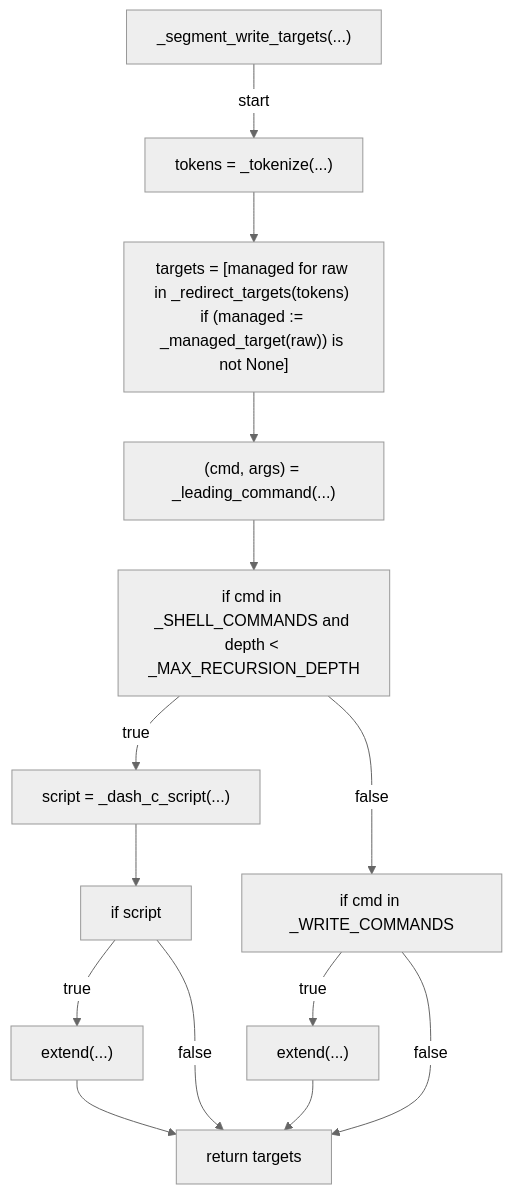
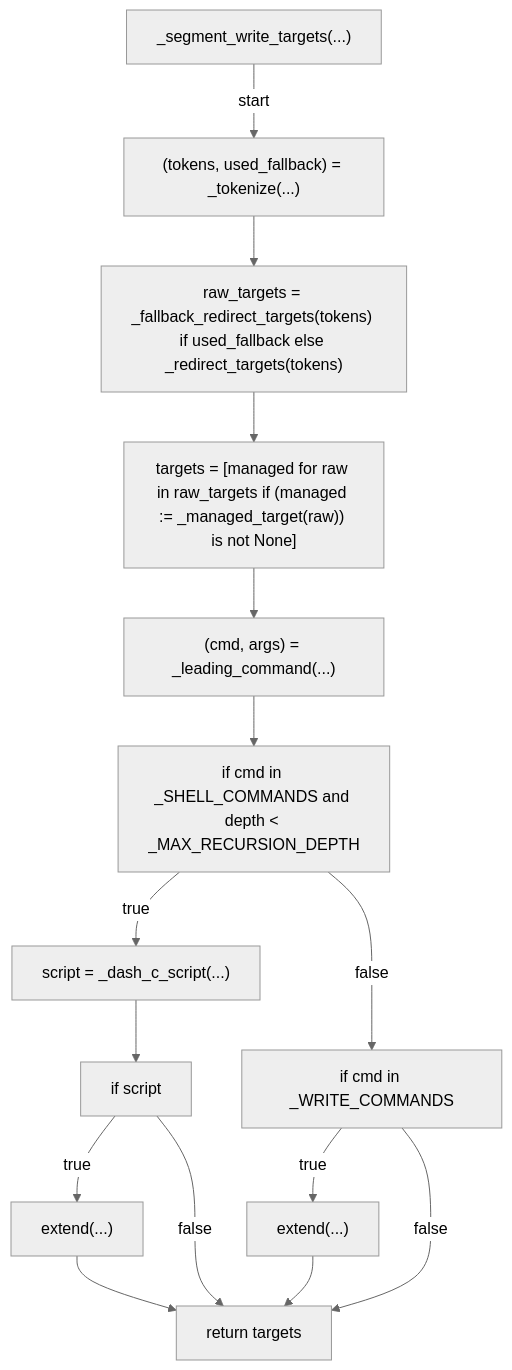
One commit to tvna/claude-md changed diagram 13 of 28 in docs/generated/scripts/ast/gate_agents_skills_edit.md. Above: the diagram before and after it, drawn with Mermaid (neutral theme). The commit also changed other lines of this file and 2 other files, not shown here.

First line of the commit message:
docs(generated): regenerate decision tree and workflow diagrams

````diff
--- a/docs/generated/scripts/ast/gate_agents_skills_edit.md
+++ b/docs/generated/scripts/ast/gate_agents_skills_edit.md
@@ -147,27 +173,29 @@
 ```mermaid
 flowchart TD
     N001["_segment_write_targets(...)"]
-    N002["tokens = _tokenize(...)"]
-    N003["targets = [managed for raw in _redirect_targets(tokens) if (managed := _managed_target(raw)) is not None]"]
-    N004["(cmd, args) = _leading_command(...)"]
-    N005["if cmd in _SHELL_COMMANDS and depth < _MAX_RECURSION_DEPTH"]
-    N006["script = _dash_c_script(...)"]
-    N007["if script"]
-    N008["extend(...)"]
-    N009["if cmd in _WRITE_COMMANDS"]
-    N010["extend(...)"]
-    N011["return targets"]
+    N002["(tokens, used_fallback) = _tokenize(...)"]
+    N003["raw_targets = _fallback_redirect_targets(tokens) if used_fallback else _redirect_targets(tokens)"]
+    N004["targets = [managed for raw in raw_targets if (managed := _managed_target(raw)) is not None]"]
+    N005["(cmd, args) = _leading_command(...)"]
+    N006["if cmd in _SHELL_COMMANDS and depth < _MAX_RECURSION_DEPTH"]
+    N007["script = _dash_c_script(...)"]
+    N008["if script"]
+    N009["extend(...)"]
+    N010["if cmd in _WRITE_COMMANDS"]
+    N011["extend(...)"]
+    N012["return targets"]
     N001 -->|"start"| N002
     N002 --> N003
     N003 --> N004
     N004 --> N005
-    N005 -->|"true"| N006
-    N006 --> N007
-    N007 -->|"true"| N008
-    N005 -->|"false"| N009
-    N009 -->|"true"| N010
-    N008 --> N011
-    N007 -->|"false"| N011
-    N010 --> N011
-    N009 -->|"false"| N011
+    N005 --> N006
+    N006 -->|"true"| N007
+    N007 --> N008
+    N008 -->|"true"| N009
+    N006 -->|"false"| N010
+    N010 -->|"true"| N011
+    N009 --> N012
+    N008 -->|"false"| N012
+    N011 --> N012
+    N010 -->|"false"| N012
 ```
````
